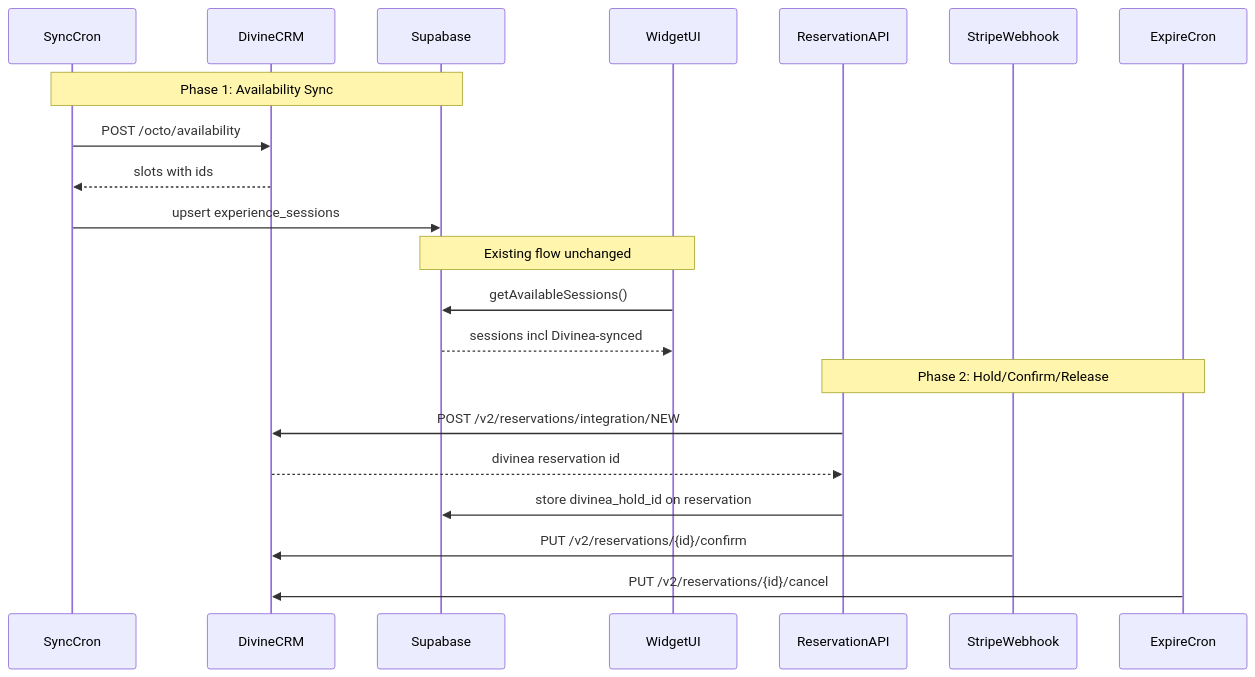
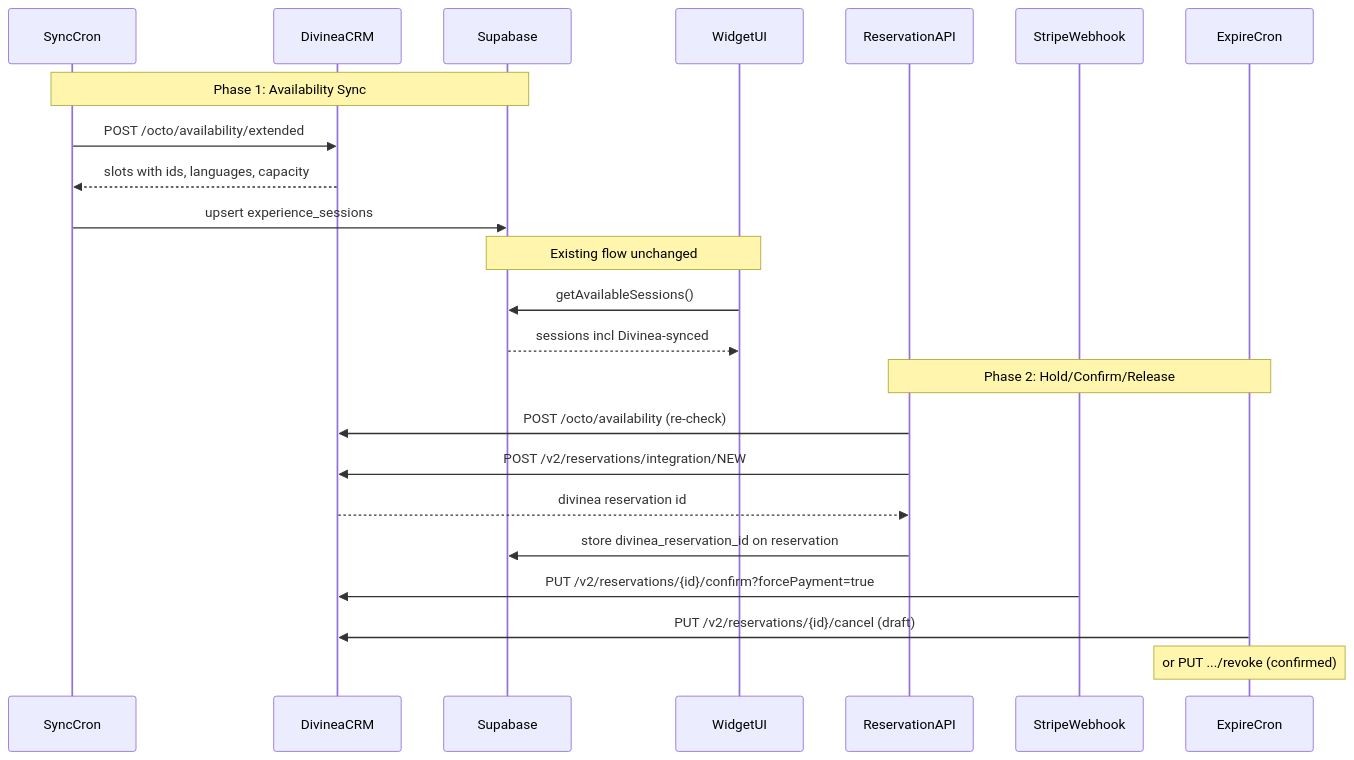
Before and after one commit to traverum/traverum: the diagram in docs/integrations/divinea-integration.md, drawn with Mermaid. The commit also changed other lines of this file and 313 other files, not shown here.

````diff
--- a/docs/integrations/divinea-integration.md
+++ b/docs/integrations/divinea-integration.md
@@ -11,27 +13,29 @@
 ```mermaid
 sequenceDiagram
     participant Cron as SyncCron
-    participant Divinea as DivineCRM
+    participant Divinea as DivineaCRM
     participant DB as Supabase
     participant Widget as WidgetUI
     participant Checkout as ReservationAPI
     participant Stripe as StripeWebhook
     participant Expire as ExpireCron
 
     Note over Cron,DB: Phase 1: Availability Sync
-    Cron->>Divinea: POST /octo/availability
-    Divinea-->>Cron: slots with ids
+    Cron->>Divinea: POST /octo/availability/extended
+    Divinea-->>Cron: slots with ids, languages, capacity
     Cron->>DB: upsert experience_sessions
 
     Note over Widget,DB: Existing flow unchanged
     Widget->>DB: getAvailableSessions()
     DB-->>Widget: sessions incl Divinea-synced
 
     Note over Checkout,Expire: Phase 2: Hold/Confirm/Release
+    Checkout->>Divinea: POST /octo/availability (re-check)
     Checkout->>Divinea: POST /v2/reservations/integration/NEW
     Divinea-->>Checkout: divinea reservation id
-    Checkout->>DB: store divinea_hold_id on reservation
+    Checkout->>DB: store divinea_reservation_id on reservation
 
-    Stripe->>Divinea: PUT /v2/reservations/{id}/confirm
-    Expire->>Divinea: PUT /v2/reservations/{id}/cancel
+    Stripe->>Divinea: PUT /v2/reservations/{id}/confirm?forcePayment=true
+    Expire->>Divinea: PUT /v2/reservations/{id}/cancel (draft)
+    Note over Expire: or PUT .../revoke (confirmed)
 ```
````
